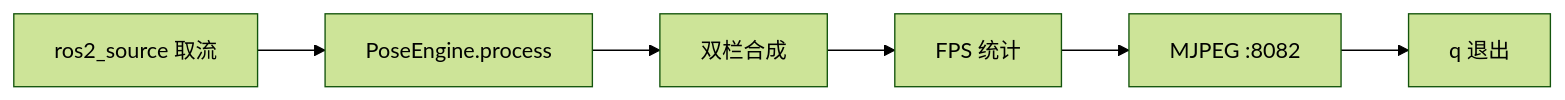
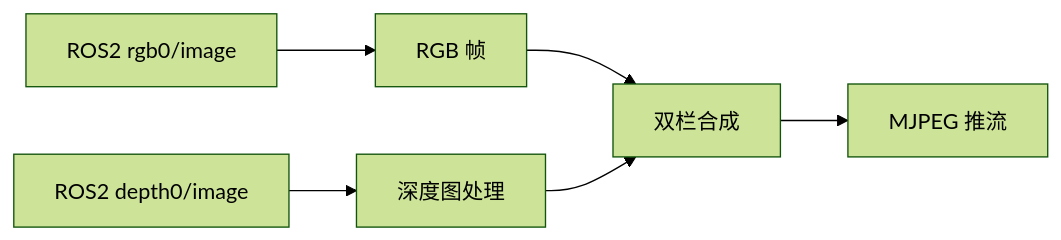
The seventh of 7 diagrams in courses/sheet1/robot_vision/_parts/experiment-10.md (aibittek/course_generate_agent), drawn with Mermaid (forest theme) before and after one commit. The commit also changed other lines of this file and 98 other files, not shown here.

````diff
--- a/courses/sheet1/robot_vision/_parts/experiment-10.md
+++ b/courses/sheet1/robot_vision/_parts/experiment-10.md
@@ -481,8 +437,8 @@
 ```mermaid
 graph LR
-    A[ros2_source 取流] --> B[PoseEngine.process]
-    B --> C[双栏合成]
-    C --> D[FPS 统计]
-    D --> E[MJPEG :8082]
-    E --> F[q 退出]
+    A[ROS2 rgb0/image] --> B[RGB 帧]
+    C[ROS2 depth0/image] --> D[深度图处理]
+    B --> E[双栏合成]
+    D --> E
+    E --> F[MJPEG 推流]
 ```
````
